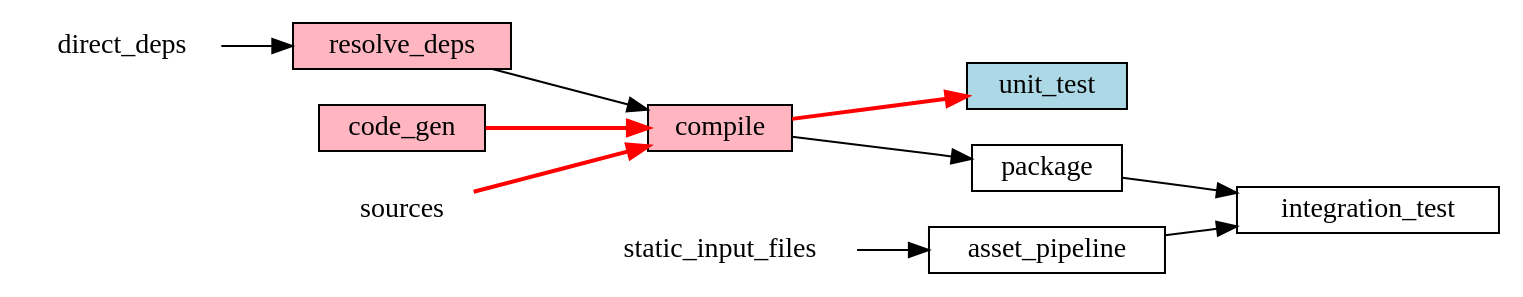
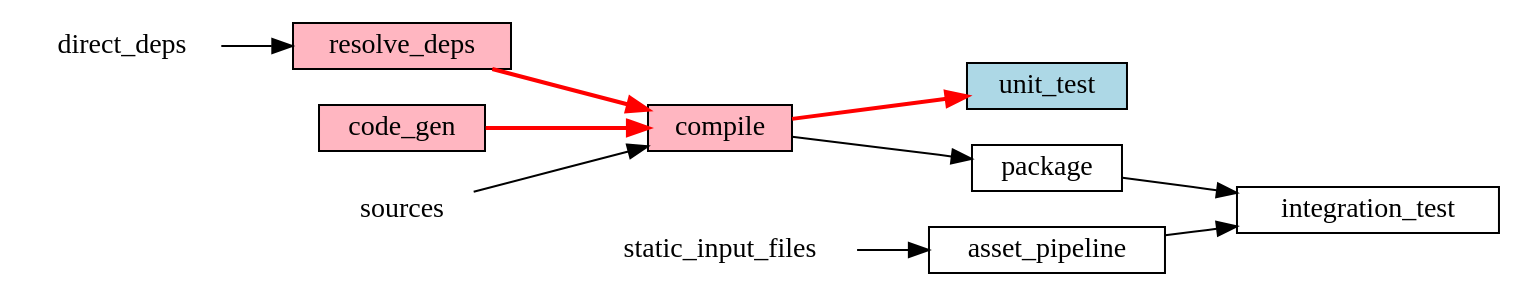
Before and after one commit to com-lihaoyi/mill: the third of 9 diagrams in website/blog/modules/ROOT/pages/8-what-is-a-build-tool.adoc, drawn with Graphviz. The commit also changed other lines of this file, not shown here.

````diff
--- a/website/blog/modules/ROOT/pages/8-what-is-a-build-tool.adoc
+++ b/website/blog/modules/ROOT/pages/8-what-is-a-build-tool.adoc
@@ -321,22 +353,23 @@
 ```graphviz
 digraph G {
   rankdir=LR
   node [shape=box width=0 height=0]
-  direct_deps -> resolve_deps -> compile
+  direct_deps -> resolve_deps
+  resolve_deps -> compile   [color=red penwidth=2]
   code_gen -> compile  [color=red penwidth=2]
-  sources -> compile  [color=red penwidth=2]
+  sources -> compile
   static_input_files -> asset_pipeline
   asset_pipeline -> integration_test
   compile -> unit_test  [color=red penwidth=2]
   compile -> package
 
   package -> integration_test
   direct_deps [shape=none]
   sources [shape=none]
   static_input_files [shape=none]
   resolve_deps [fillcolor=lightpink style=filled]
   code_gen [fillcolor=lightpink style=filled]
   compile [fillcolor=lightpink style=filled]
   unit_test [fillcolor=lightblue style=filled]
 }
 ```
````
